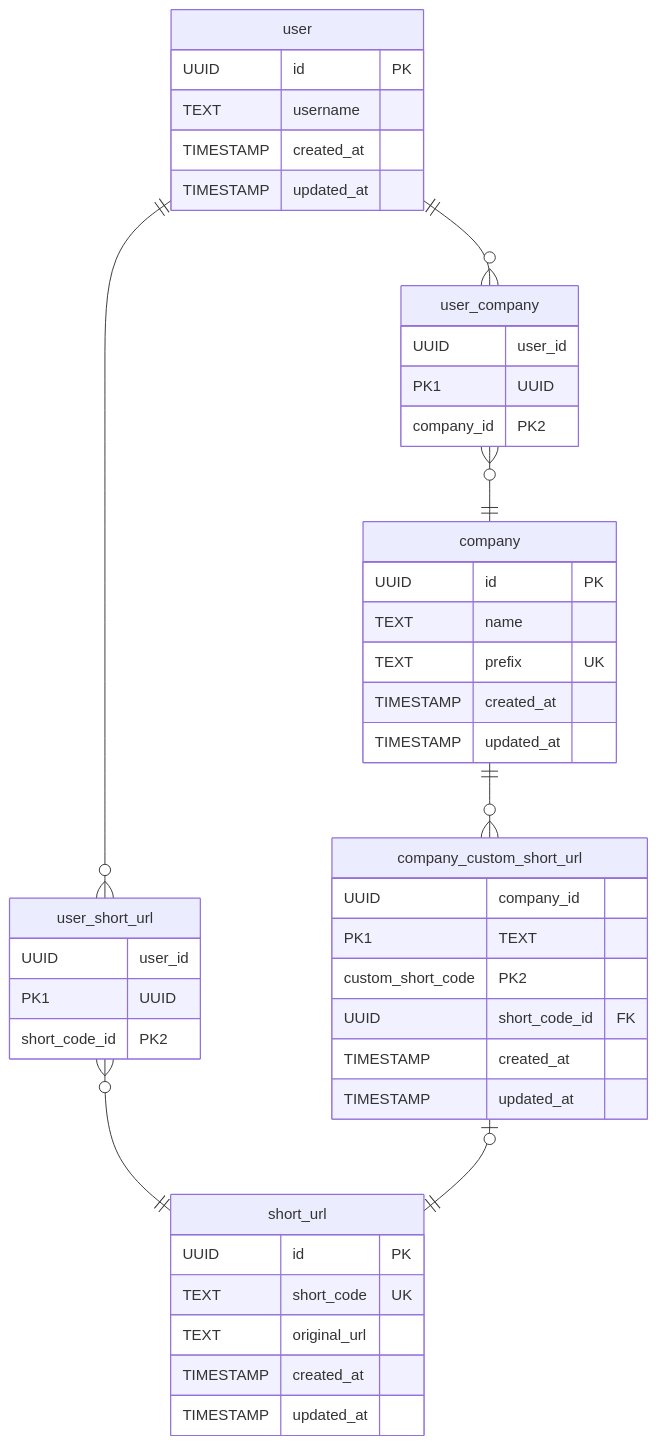
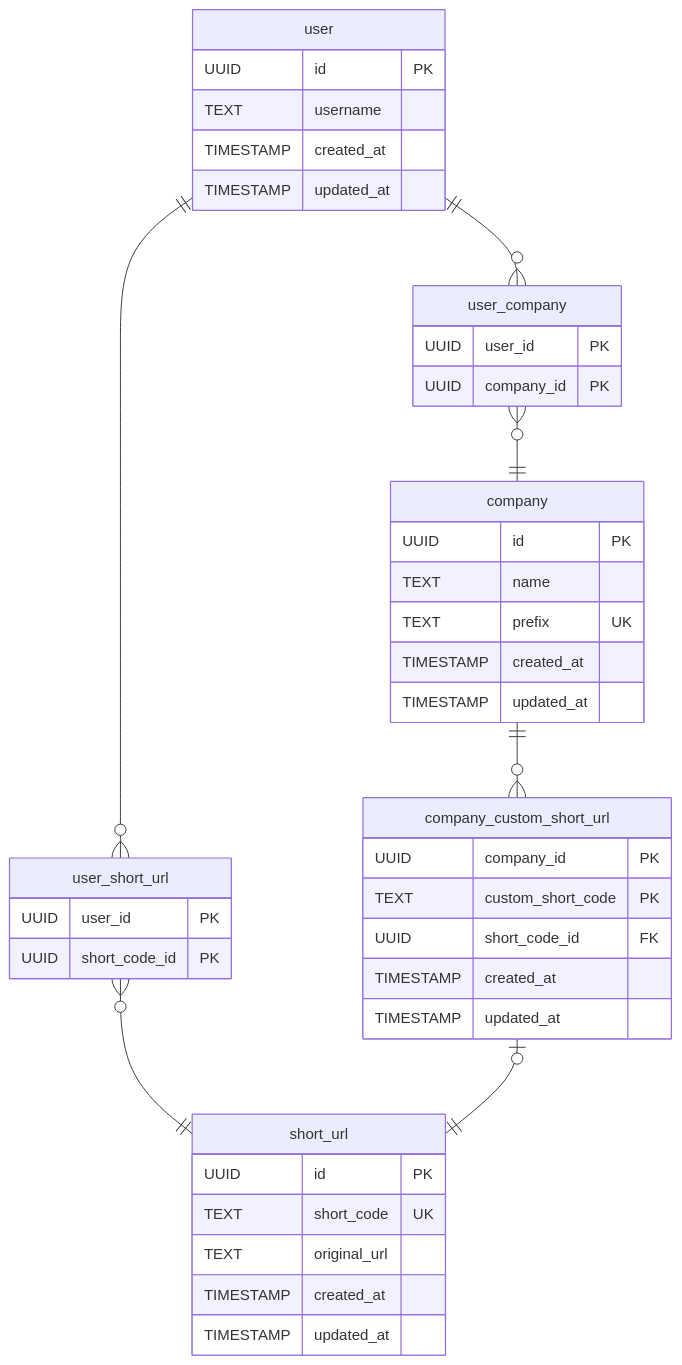
The fifth of 6 diagrams in README.md (mlizandier/url-shortener), drawn with Mermaid before and after one commit. The commit also changed other lines of this file, not shown here.

Commit message:
fix mermaid diagram

````diff
--- a/README.md
+++ b/README.md
@@ -147,44 +152,44 @@
 ```mermaid
 erDiagram
     user ||--o{ user_company : ""
     user_company }o--|| company : ""
     user ||--o{ user_short_url : ""
     user_short_url }o--|| short_url : ""
     company ||--o{ company_custom_short_url : ""
     company_custom_short_url |o--|| short_url : ""
     user {
         UUID id PK
         TEXT username
         TIMESTAMP created_at
         TIMESTAMP updated_at
     }
     user_company {
-        UUID user_id PK1
-        UUID company_id PK2
+        UUID user_id PK
+        UUID company_id PK
     }
     user_short_url {
-        UUID user_id PK1
-        UUID short_code_id PK2
+        UUID user_id PK
+        UUID short_code_id PK
     }
     short_url {
         UUID id PK
         TEXT short_code UK
         TEXT original_url
         TIMESTAMP created_at
         TIMESTAMP updated_at
     }
     company {
         UUID id PK
         TEXT name
         TEXT prefix UK
         TIMESTAMP created_at
         TIMESTAMP updated_at
     }
     company_custom_short_url {
-        UUID company_id PK1
-        TEXT custom_short_code PK2
+        UUID company_id PK
+        TEXT custom_short_code PK
         UUID short_code_id FK
         TIMESTAMP created_at
         TIMESTAMP updated_at
     }
 ```
````
